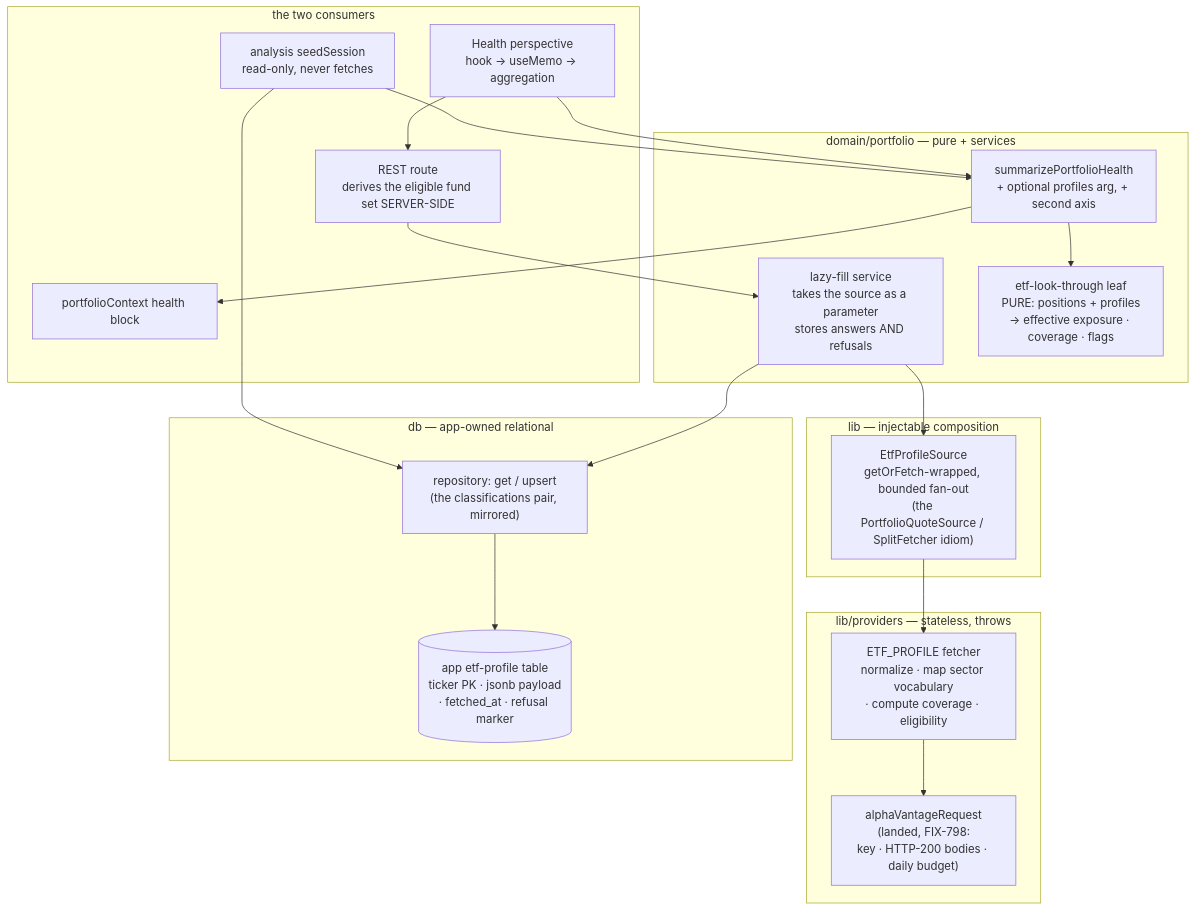
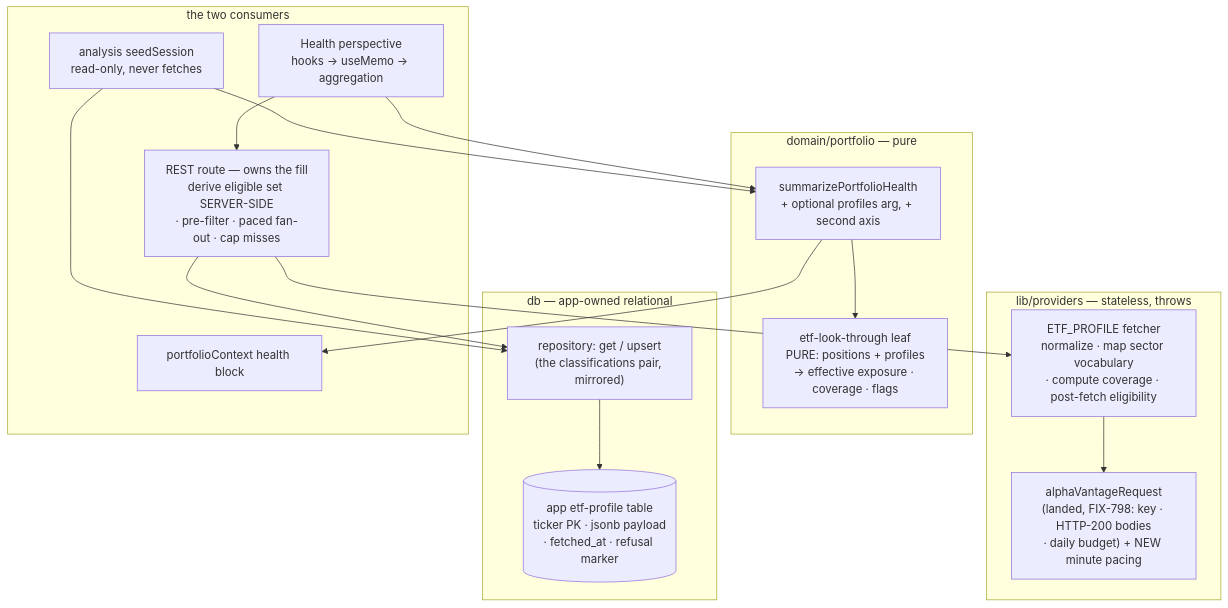
Before and after one commit to fixpoint-labs/flow-state-dev: the diagram in docs/specs/FIX-801.md, drawn with Mermaid. The commit also changed other lines of this file, not shown here.

````diff
--- a/docs/specs/FIX-801.md
+++ b/docs/specs/FIX-801.md
@@ -379,42 +430,35 @@
 ```mermaid
 flowchart TB
   subgraph provider["lib/providers — stateless, throws"]
-    AVREQ["alphaVantageRequest\n(landed, FIX-798:\nkey · HTTP-200 bodies · daily budget)"]
-    FETCH["ETF_PROFILE fetcher\nnormalize · map sector vocabulary\n· compute coverage · eligibility"]
+    AVREQ["alphaVantageRequest\n(landed, FIX-798: key · HTTP-200 bodies\n· daily budget) + NEW minute pacing"]
+    FETCH["ETF_PROFILE fetcher\nnormalize · map sector vocabulary\n· compute coverage · post-fetch eligibility"]
     FETCH --> AVREQ
   end
 
-  subgraph libcomp["lib — injectable composition"]
-    SRC["EtfProfileSource\ngetOrFetch-wrapped, bounded fan-out\n(the PortfolioQuoteSource / SplitFetcher idiom)"]
-  end
-
-  subgraph domain["domain/portfolio — pure + services"]
-    SVC["lazy-fill service\ntakes the source as a parameter\nstores answers AND refusals"]
+  subgraph domain["domain/portfolio — pure"]
     LOOK["etf-look-through leaf\nPURE: positions + profiles\n-> effective exposure · coverage · flags"]
     HEALTH["summarizePortfolioHealth\n+ optional profiles arg, + second axis"]
     HEALTH --> LOOK
   end
 
   subgraph store["db — app-owned relational"]
     TBL[("app etf-profile table\nticker PK · jsonb payload\n· fetched_at · refusal marker")]
     REPO["repository: get / upsert\n(the classifications pair, mirrored)"]
     REPO --> TBL
   end
 
   subgraph consumers["the two consumers"]
-    ROUTE["REST route\nderives the eligible fund set SERVER-SIDE"]
-    PANE["Health perspective\nhook -> useMemo -> aggregation"]
+    ROUTE["REST route — owns the fill\nderive eligible set SERVER-SIDE\n· pre-filter · paced fan-out · cap misses"]
+    PANE["Health perspective\nhooks -> useMemo -> aggregation"]
     SEED["analysis seedSession\nread-only, never fetches"]
     PROMPT["portfolioContext health block"]
   end
 
-  SRC --> FETCH
-  SVC --> SRC
-  SVC --> REPO
-  ROUTE --> SVC
+  ROUTE --> FETCH
+  ROUTE --> REPO
   PANE --> ROUTE
   PANE --> HEALTH
   SEED --> REPO
   SEED --> HEALTH
   HEALTH --> PROMPT
 ```
````
